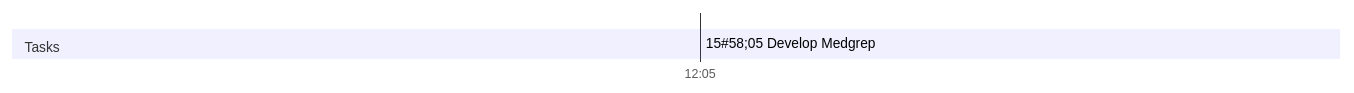
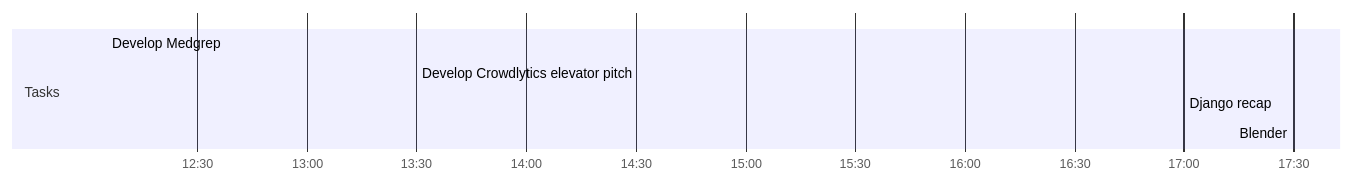
Before and after one commit to jjgumucio/KnowledgeBase: the diagram in KnowledgeBase/Day Planners/Day Planner-20220131.md, drawn with Mermaid. The commit also changed other lines of this file, not shown here.

````diff
--- a/KnowledgeBase/Day Planners/Day Planner-20220131.md
+++ b/KnowledgeBase/Day Planners/Day Planner-20220131.md
@@ -2,10 +2,13 @@
 ```mermaid
 gantt
     dateFormat  HH-mm
     axisFormat %H:%M
-    %% Current Time: 11:58:19 AM
+    %% Current Time: 12:02:57 PM
     section Tasks
-    15#35;58;05 Develop Medgrep     :12-05, 0mm
+    Develop Medgrep     :12-05, 85mm
+    Develop Crowdlytics elevator pitch     :13-30, 210mm
+    Django recap     :17-00, 30mm
+    Blender     :17-30, 0mm
     section Breaks
 
 ```
````
